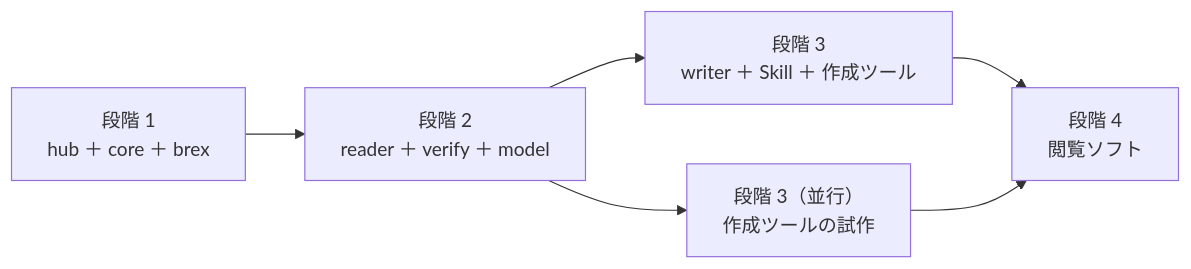
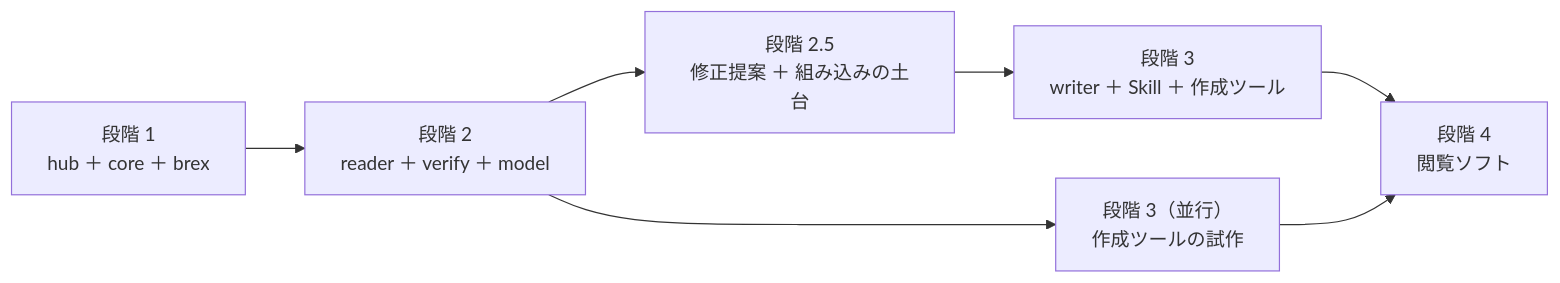
One commit to shuji-bonji/s1000d-stack changed the second of 4 diagrams in docs/ROADMAP.md. Above: the diagram before and after it, drawn with Mermaid. The commit also changed other lines of this file and 3 other files, not shown here.

````diff
--- a/docs/ROADMAP.md
+++ b/docs/ROADMAP.md
@@ -63,8 +66,9 @@
 ```mermaid
 flowchart LR
   S1["段階 1<br/>hub ＋ core ＋ brex"] --> S2["段階 2<br/>reader ＋ verify ＋ model"]
-  S2 --> S3["段階 3<br/>writer ＋ Skill ＋ 作成ツール"]
+  S2 --> S25["段階 2.5<br/>修正提案 ＋ 組み込みの土台"]
+  S25 --> S3["段階 3<br/>writer ＋ Skill ＋ 作成ツール"]
   S2 --> S3b["段階 3（並行）<br/>作成ツールの試作"]
   S3 --> S4["段階 4<br/>閲覧ソフト"]
   S3b --> S4
 ```
````
